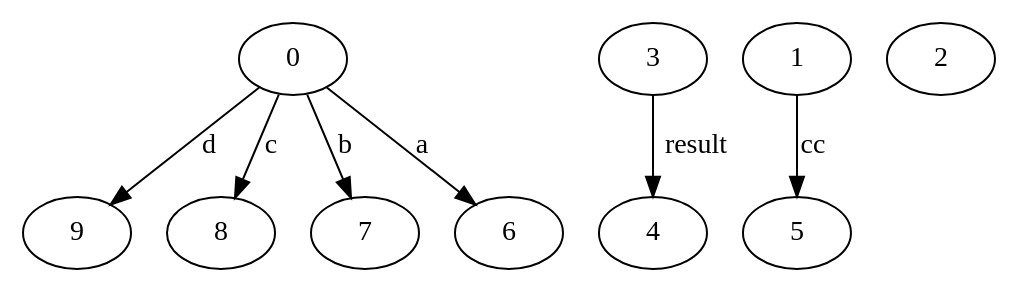
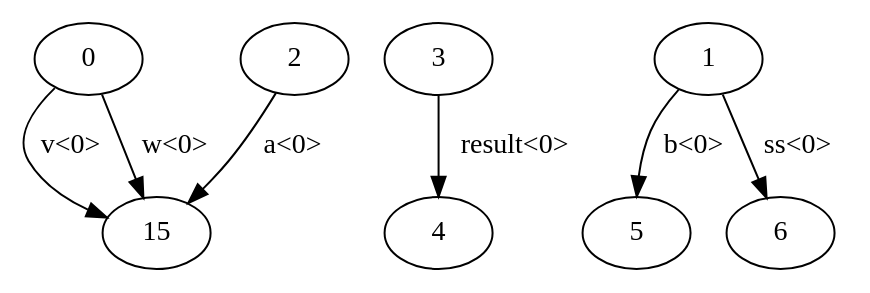
One commit to varivera/aliasing-java changed the diagram in AliasingImpl/source/test.dot. Above: the diagram before and after it, drawn with Graphviz. The commit also changed 11 other files, not shown here.

```diff
--- a/AliasingImpl/source/test.dot
+++ b/AliasingImpl/source/test.dot
@@ -1,18 +1,17 @@
 digraph G {
-n0->n9 [label="d"]
-n0->n8 [label="c"]
-n0->n7 [label="b"]
-n0->n6 [label="a"]
+n0->n15 [label="v<0>"]
+n0->n15 [label="w<0>"]
 n0[label="0"]
-n6[label="6"]
-n7[label="7"]
-n8[label="8"]
-n9[label="9"]
-n3->n4 [label="result"]
+n15[label="15"]
+n3->n4 [label="result<0>"]
 n3[label="3"]
 n4[label="4"]
-n1->n5 [label="cc"]
+n1->n5 [label="b<0>"]
+n1->n6 [label="ss<0>"]
 n1[label="1"]
 n5[label="5"]
+n6[label="6"]
+n2->n15 [label="a<0>"]
+n15[label="15"]
 n2[label="2"]
 }
```
